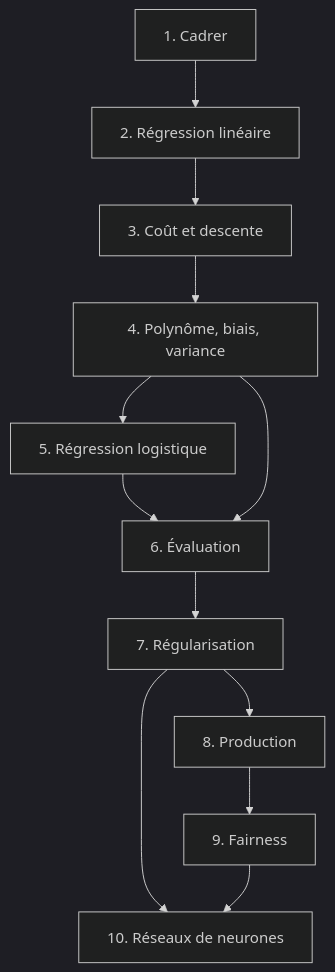
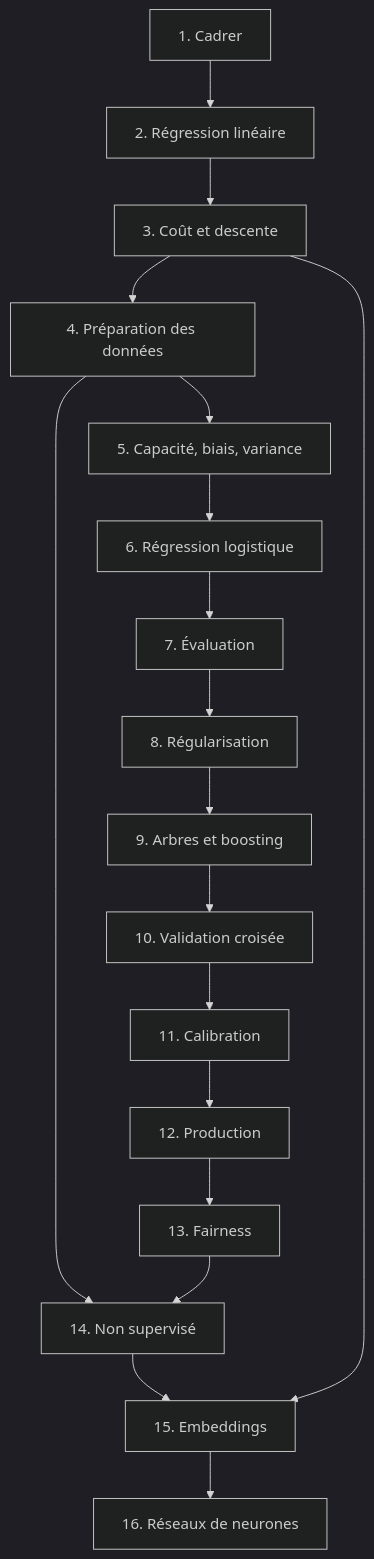
The diagram in fondamentaux-machine-learning/PLAN.md (jrcligny/ai-generated-books), drawn with Mermaid (dark theme) before and after one commit. The commit also changed other lines of this file and 2 other files, not shown here.

````diff
--- a/fondamentaux-machine-learning/PLAN.md
+++ b/fondamentaux-machine-learning/PLAN.md
@@ -107,14 +109,20 @@
 ```mermaid
 flowchart TD
   c1["1. Cadrer"] --> c2["2. Régression linéaire"]
   c2 --> c3["3. Coût et descente"]
-  c3 --> c4["4. Polynôme, biais, variance"]
-  c4 --> c5["5. Régression logistique"]
-  c5 --> c6["6. Évaluation"]
-  c4 --> c6
-  c6 --> c7["7. Régularisation"]
-  c7 --> c8["8. Production"]
-  c8 --> c9["9. Fairness"]
-  c7 --> c10["10. Réseaux de neurones"]
-  c9 --> c10
+  c3 --> c4["4. Préparation des données"]
+  c4 --> c5["5. Capacité, biais, variance"]
+  c5 --> c6["6. Régression logistique"]
+  c6 --> c7["7. Évaluation"]
+  c7 --> c8["8. Régularisation"]
+  c8 --> c9["9. Arbres et boosting"]
+  c9 --> c10["10. Validation croisée"]
+  c10 --> c11["11. Calibration"]
+  c11 --> c12["12. Production"]
+  c12 --> c13["13. Fairness"]
+  c4 --> c14["14. Non supervisé"]
+  c13 --> c14
+  c14 --> c15["15. Embeddings"]
+  c3 --> c15
+  c15 --> c16["16. Réseaux de neurones"]
 ```
````
